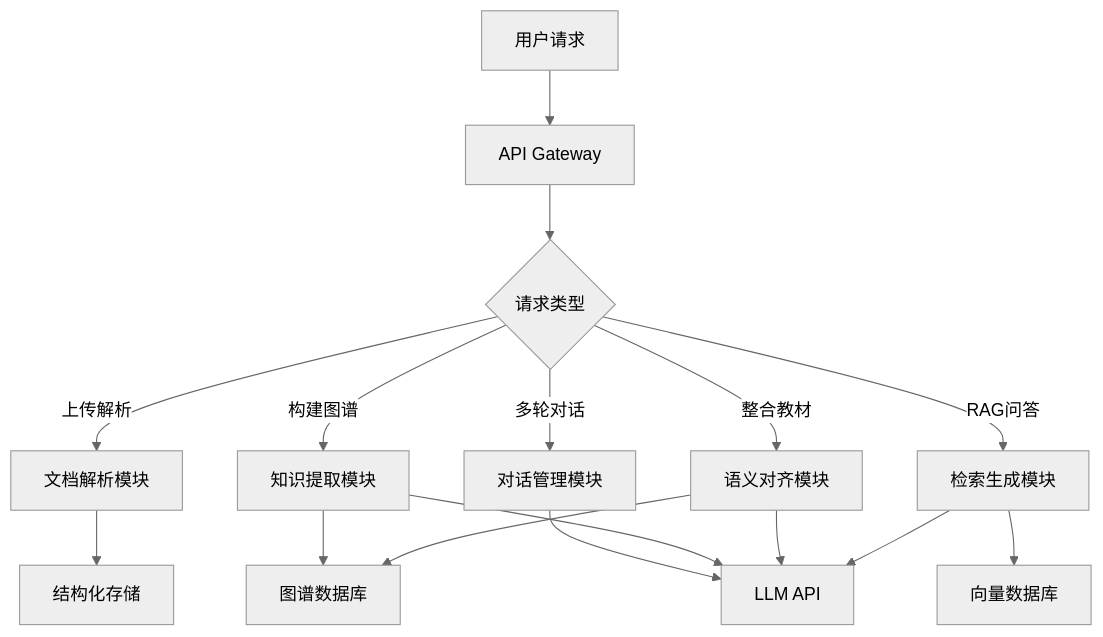
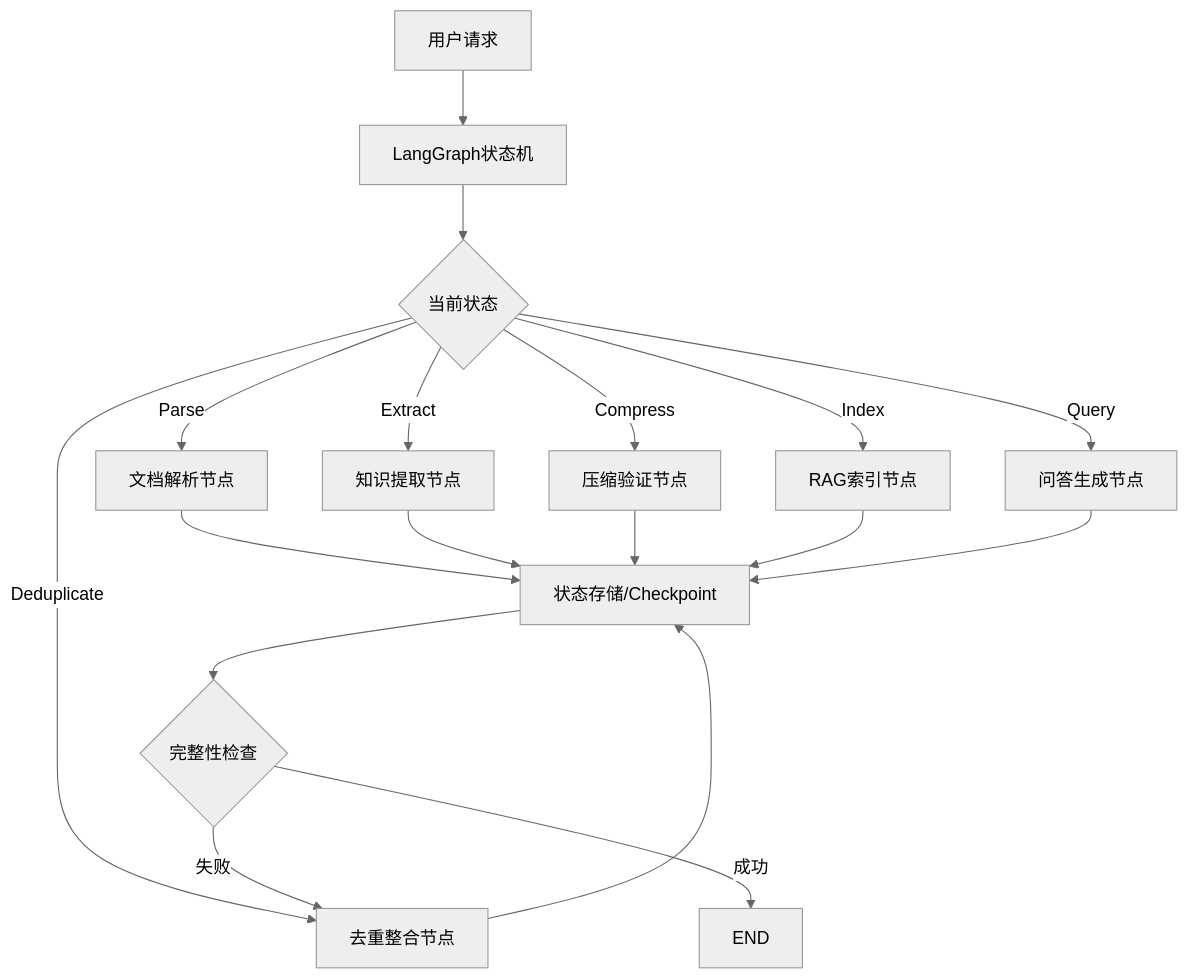
One commit to BallCard/ZJUHEX changed the first of 2 diagrams in docs/Agent架构说明.md. Above: the diagram before and after it, drawn with Mermaid (neutral theme). The commit also changed other lines of this file and 7 other files, not shown here.

First line of the commit message:
Update project documentation with MVP P0 architectural decisions

````diff
--- a/docs/Agent架构说明.md
+++ b/docs/Agent架构说明.md
@@ -11,21 +11,23 @@
 ```mermaid
 graph TB
-    A[用户请求] --> B[API Gateway]
-    B --> C{请求类型}
+    A[用户请求] --> B[LangGraph状态机]
+    B --> C{当前状态}
     
-    C -->|上传解析| D[文档解析模块]
-    C -->|构建图谱| E[知识提取模块]
-    C -->|整合教材| F[语义对齐模块]
-    C -->|RAG问答| G[检索生成模块]
-    C -->|多轮对话| H[对话管理模块]
+    C -->|Parse| D[文档解析节点]
+    C -->|Extract| E[知识提取节点]
+    C -->|Deduplicate| F[去重整合节点]
+    C -->|Compress| G[压缩验证节点]
+    C -->|Index| H[RAG索引节点]
+    C -->|Query| I[问答生成节点]
     
-    D --> I[结构化存储]
-    E --> J[图谱数据库]
+    D --> J[状态存储/Checkpoint]
+    E --> J
     F --> J
-    G --> K[向量数据库]
-    H --> L[LLM API]
+    G --> J
+    H --> J
+    I --> J
     
-    E --> L
-    F --> L
-    G --> L
+    J --> K{完整性检查}
+    K -->|失败| F
+    K -->|成功| L[END]
 ```
````
